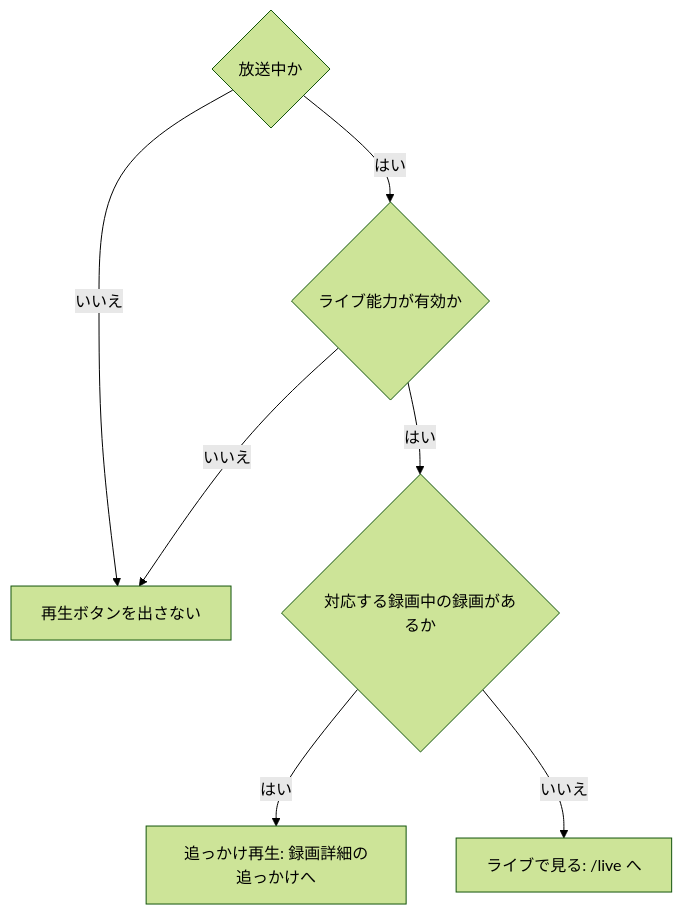
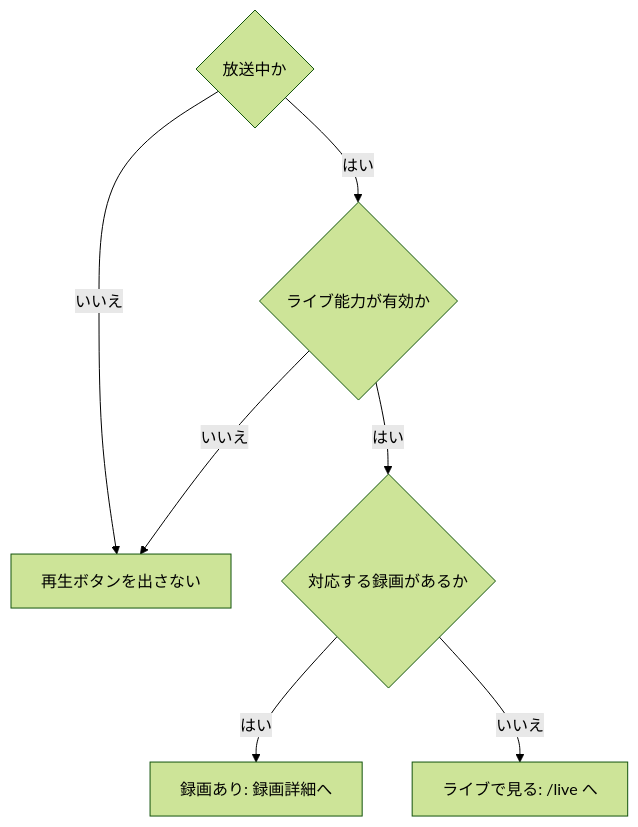
The first of 3 diagrams in docs/frontend/programs.md (fetburner/rokuban), drawn with Mermaid (forest theme) before and after one commit. The commit also changed other lines of this file and 135 other files, not shown here.

````diff
--- a/docs/frontend/programs.md
+++ b/docs/frontend/programs.md
@@ -512,9 +512,9 @@
 ```mermaid
 flowchart TD
   A{"放送中か"} -- いいえ --> N["再生ボタンを出さない"]
   A -- はい --> B{"ライブ能力が有効か"}
   B -- いいえ --> N
-  B -- はい --> C{"対応する録画中の録画があるか"}
-  C -- はい --> D["追っかけ再生: 録画詳細の追っかけへ"]
+  B -- はい --> C{"対応する録画があるか"}
+  C -- はい --> D["録画あり: 録画詳細へ"]
   C -- いいえ --> E["ライブで見る: /live へ"]
 ```
````
